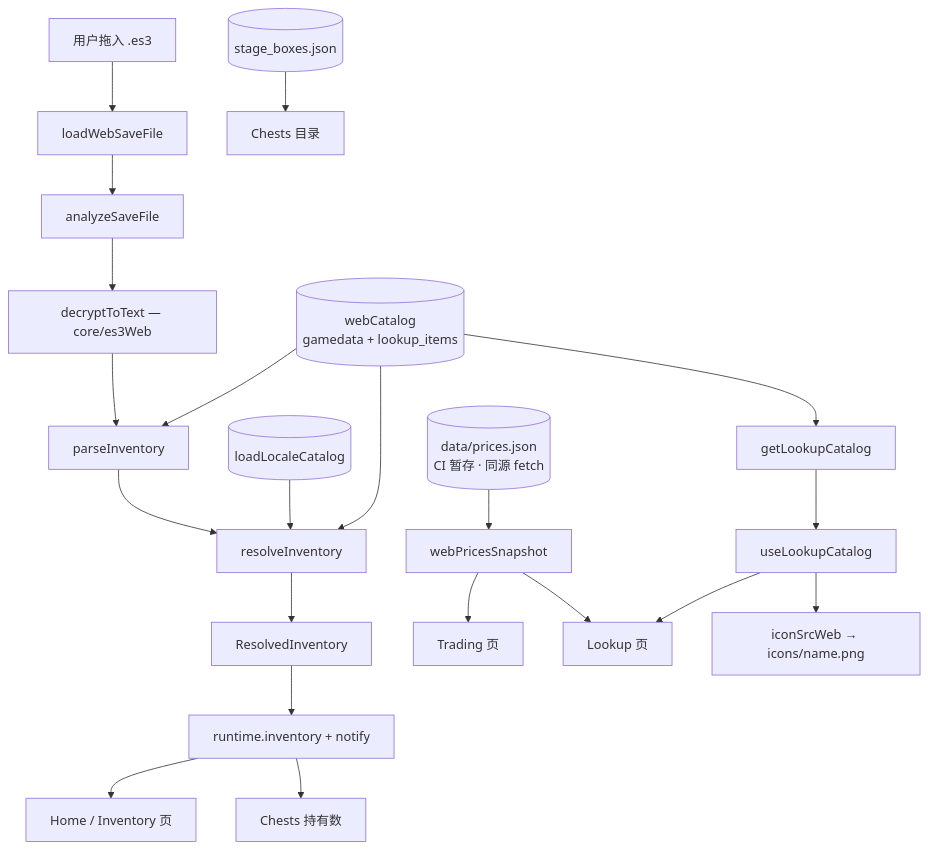
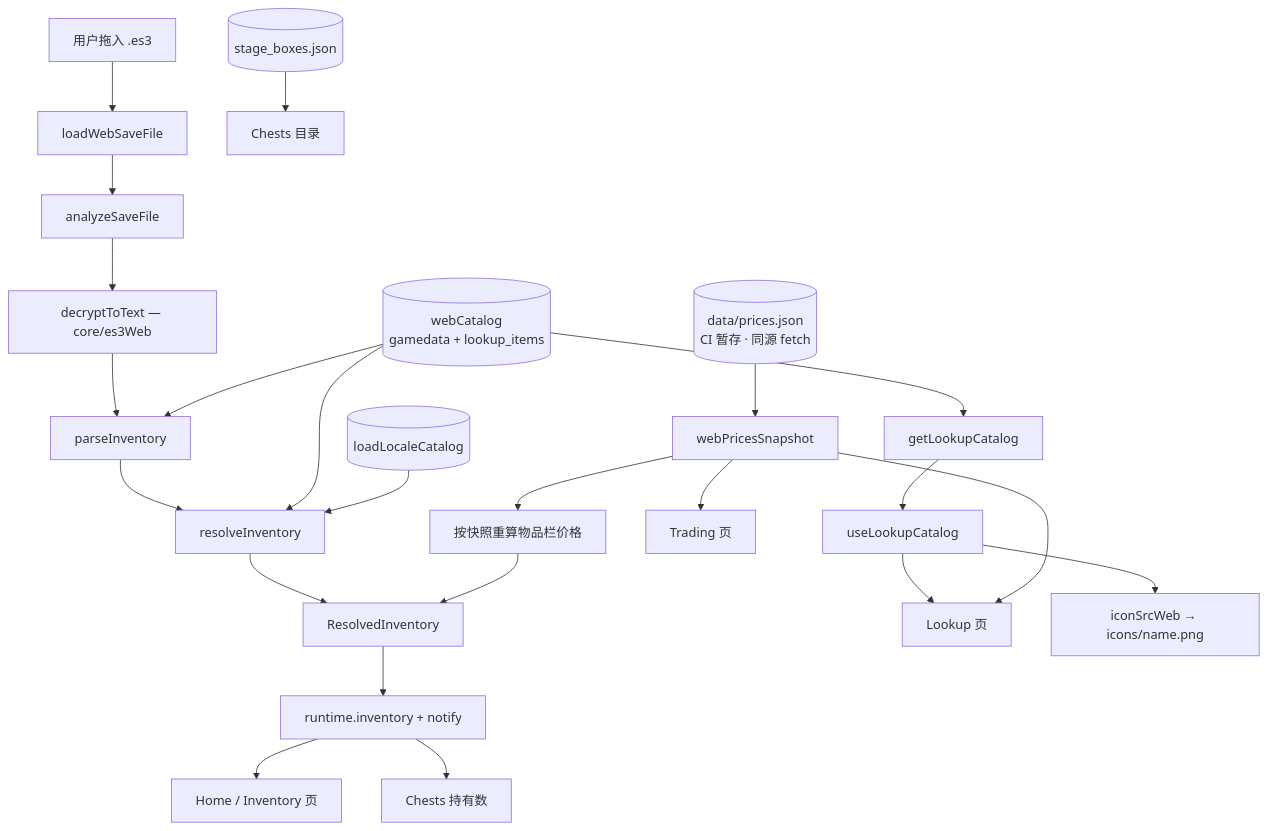
One commit to zioon/tbh-companion changed the diagram in docs/business-flows/13-web-inspector.md. Above: the diagram before and after it, drawn with Mermaid. The commit also changed other lines of this file and 4 other files, not shown here.

````diff
--- a/docs/business-flows/13-web-inspector.md
+++ b/docs/business-flows/13-web-inspector.md
@@ -41,24 +41,26 @@
 ```mermaid
 flowchart TD
   Drop[用户拖入 .es3] --> Load[loadWebSaveFile]
   Load --> Analyze[analyzeSaveFile]
   Analyze --> Dec[decryptToText — core/es3Web]
   Dec --> Parse[parseInventory]
   Parse --> Resolve[resolveInventory]
   Cat[(webCatalog<br/>gamedata + lookup_items)] --> Parse
   Cat --> Resolve
   Loc[(loadLocaleCatalog)] --> Resolve
   Resolve --> Inv[ResolvedInventory]
   Inv --> Push[runtime.inventory + notify]
   Push --> Home[Home / Inventory 页]
   Push --> ChestsHeld[Chests 持有数]
 
   Cat --> LookupCat[getLookupCatalog]
   LookupCat --> LookupCtx[useLookupCatalog]
   LookupCtx --> Lookup[Lookup 页]
   LookupCtx --> Icons[iconSrcWeb → icons/name.png]
   Boxes[(stage_boxes.json)] --> ChestsCat[Chests 目录]
   Prices[(data/prices.json<br/>CI 暂存 · 同源 fetch)] --> Snapshot[webPricesSnapshot]
   Snapshot --> Trading[Trading 页]
   Snapshot --> Lookup
+  Snapshot --> Reprice[按快照重算物品栏价格]
+  Reprice --> Inv
 ```
````
